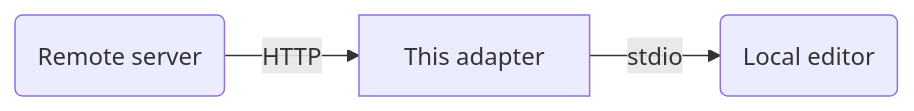
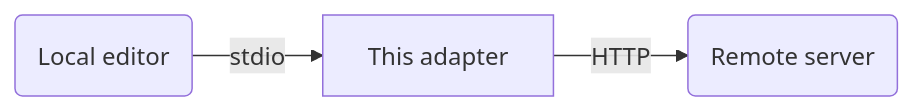
One commit to jrderuiter/mcp-stdio-adapter changed the diagram in README.md. Above: the diagram before and after it, drawn with Mermaid.

````diff
--- a/README.md
+++ b/README.md
@@ -5,9 +5,9 @@
 ```mermaid
 graph LR
     remote(Remote server)
 	adapter[This adapter]
 	editor(Local editor)
 
-	remote -->|HTTP| adapter
-    adapter -->|stdio| editor
+  editor -->|stdio| adapter
+	adapter -->|HTTP| remote
 ```
````
